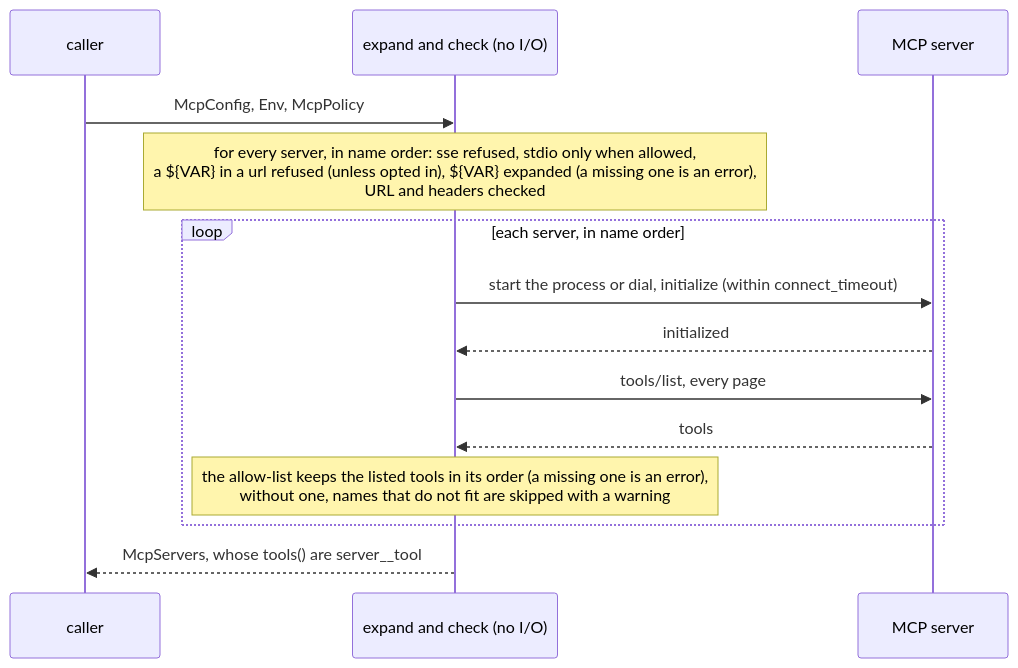
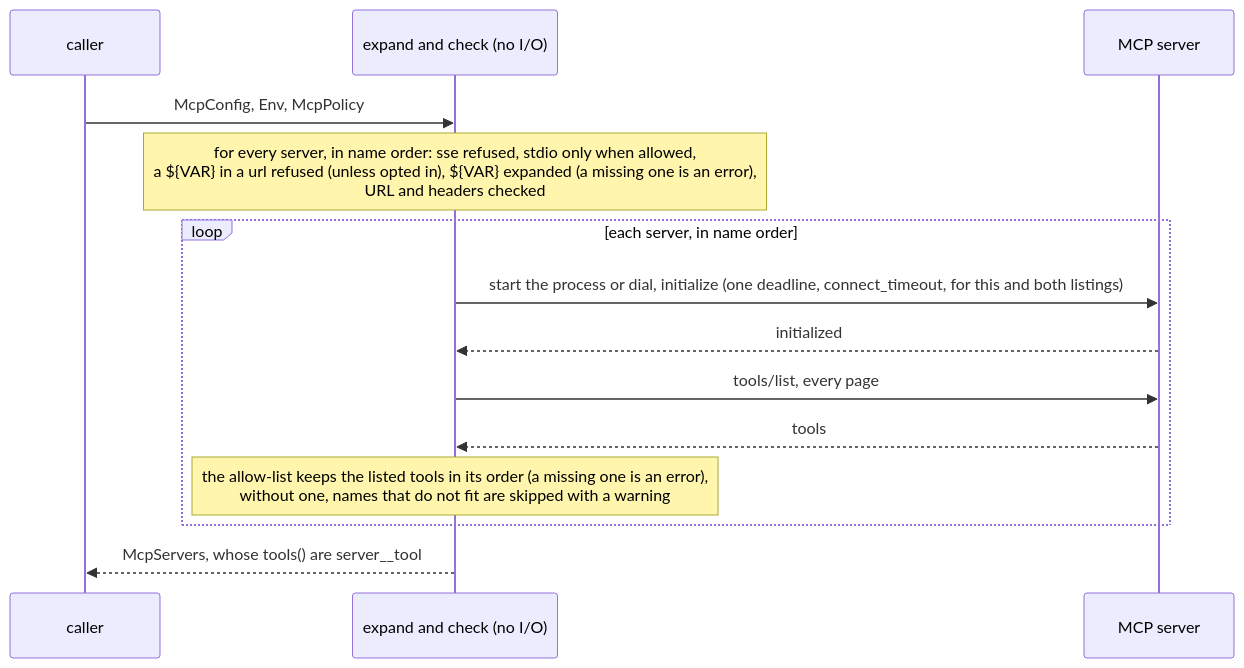
The seventh of 9 diagrams in crates/adam-mcp/README.md (vymalo/another-adam-rs), drawn with Mermaid before and after one commit. The commit also changed other lines of this file and 36 other files, not shown here.

First line of the commit message:
fix(mcp): one deadline, quoted server text, bounded expansions, a refusing control plane (ADR 0044 slice 14)

````diff
--- a/crates/adam-mcp/README.md
+++ b/crates/adam-mcp/README.md
@@ -381,16 +389,16 @@
 ```mermaid
 sequenceDiagram
     participant A as caller
     participant X as expand and check (no I/O)
     participant S as MCP server
     A->>X: McpConfig, Env, McpPolicy
     Note over X: for every server, in name order: sse refused, stdio only when allowed,<br/>a ${VAR} in a url refused (unless opted in), ${VAR} expanded (a missing one is an error),<br/>URL and headers checked
     loop each server, in name order
-        X->>S: start the process or dial, initialize (within connect_timeout)
+        X->>S: start the process or dial, initialize (one deadline, connect_timeout, for this and both listings)
         S-->>X: initialized
         X->>S: tools/list, every page
         S-->>X: tools
         Note over X: the allow-list keeps the listed tools in its order (a missing one is an error),<br/>without one, names that do not fit are skipped with a warning
     end
     X-->>A: McpServers, whose tools() are server__tool
 ```
````
